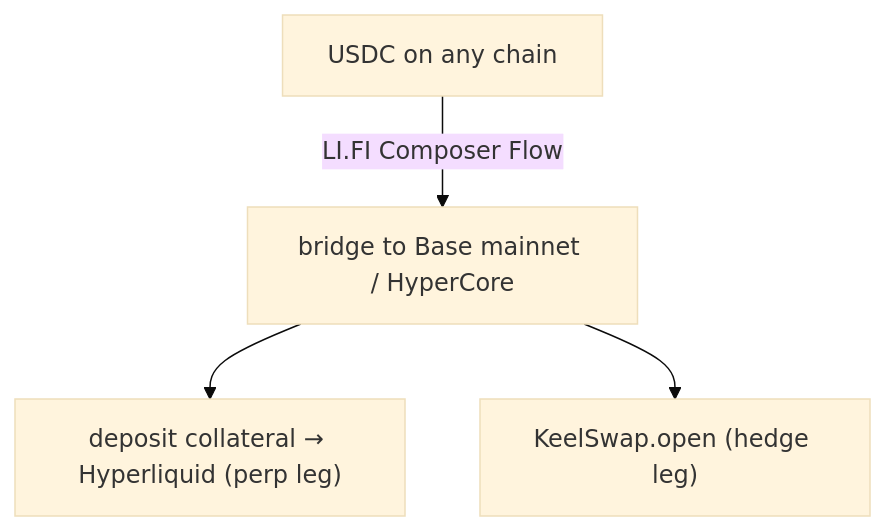
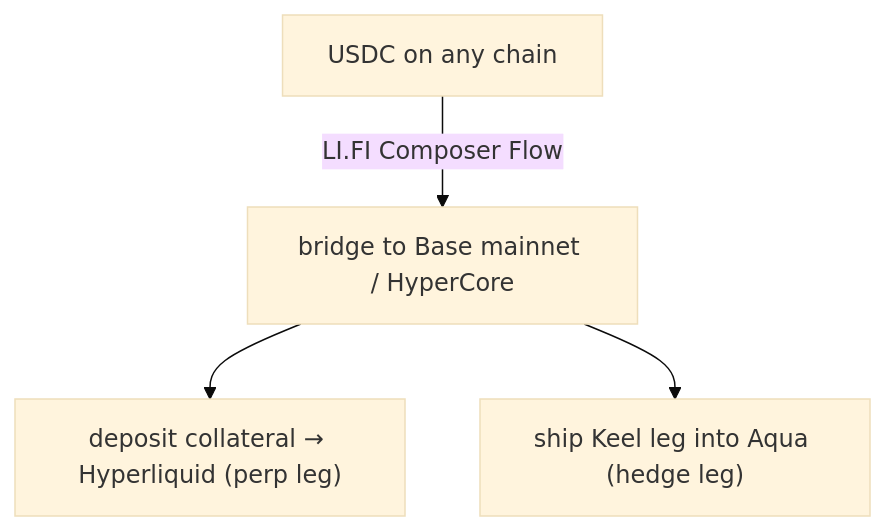
Before and after one commit to 0xYudhishthra/TenorFi: the fourth of 4 diagrams in docs/bounty-integrations.md, drawn with Mermaid (base theme). The commit also changed other lines of this file and 8 other files, not shown here.

First line of the commit message:
refactor(contracts): Aqua-only settlement — remove custodial KeelSwap

````diff
--- a/docs/bounty-integrations.md
+++ b/docs/bounty-integrations.md
@@ -170,6 +169,6 @@
 ```mermaid
 flowchart TB
     USER["USDC on any chain"] -->|LI.FI Composer Flow| BRIDGE["bridge to Base mainnet / HyperCore"]
     BRIDGE --> DEP["deposit collateral → Hyperliquid (perp leg)"]
-    BRIDGE --> OPEN["KeelSwap.open (hedge leg)"]
+    BRIDGE --> OPEN["ship Keel leg into Aqua (hedge leg)"]
 ```
````
